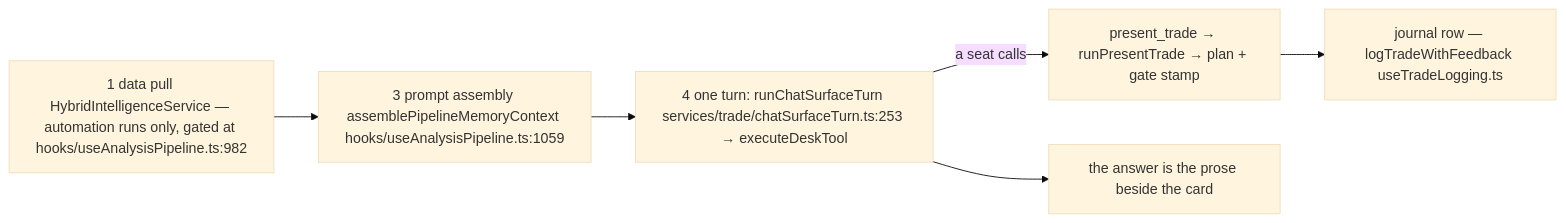
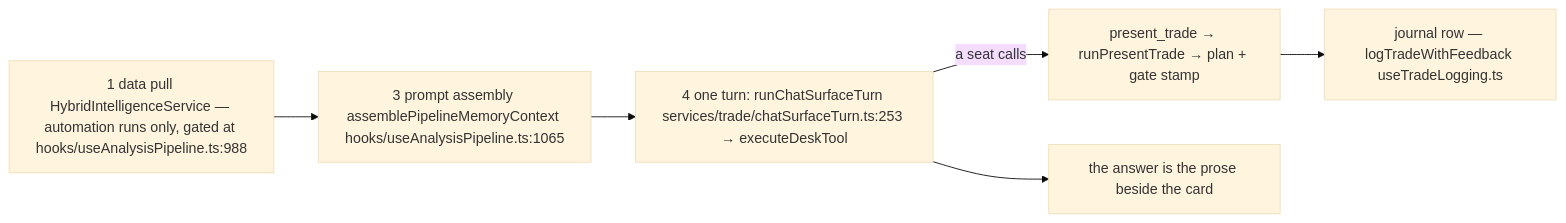
One commit to Acepay25/august-3.5 changed the third of 8 diagrams in docs/app-flow.md. Above: the diagram before and after it, drawn with Mermaid (base theme). The commit also changed other lines of this file and 12 other files, not shown here.

````diff
--- a/docs/app-flow.md
+++ b/docs/app-flow.md
@@ -218,8 +218,8 @@
 ```mermaid
 flowchart LR
-    S1["1 data pull HybridIntelligenceService — automation runs only, gated at hooks/useAnalysisPipeline.ts:982"] --> S3["3 prompt assembly assemblePipelineMemoryContext hooks/useAnalysisPipeline.ts:1059"]
+    S1["1 data pull HybridIntelligenceService — automation runs only, gated at hooks/useAnalysisPipeline.ts:988"] --> S3["3 prompt assembly assemblePipelineMemoryContext hooks/useAnalysisPipeline.ts:1065"]
     S3 --> S4["4 one turn: runChatSurfaceTurn services/trade/chatSurfaceTurn.ts:253 → executeDeskTool"]
     S4 -->|a seat calls| PT["present_trade → runPresentTrade → plan + gate stamp"]
     PT --> JR["journal row — logTradeWithFeedback useTradeLogging.ts"]
     S4 --> ANS["the answer is the prose beside the card"]
 ```
````
